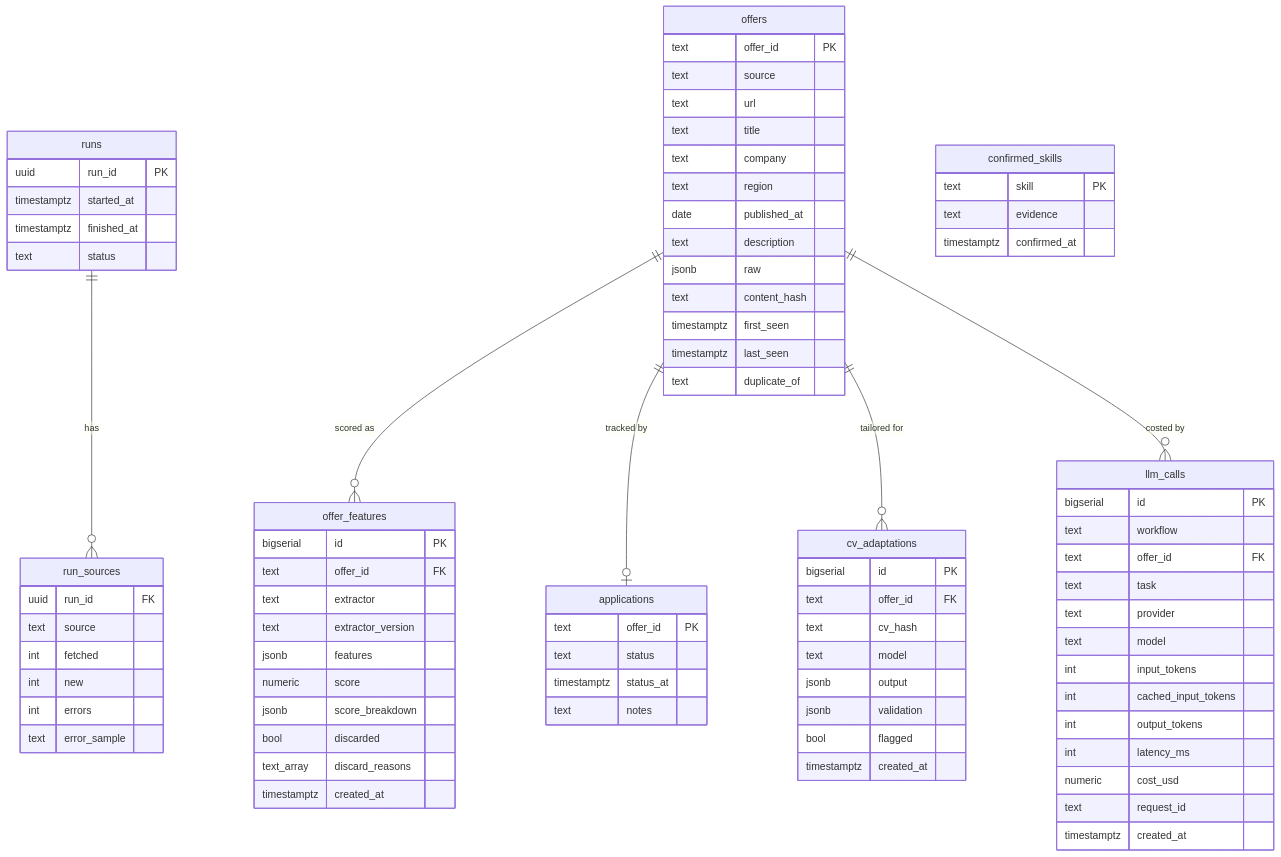
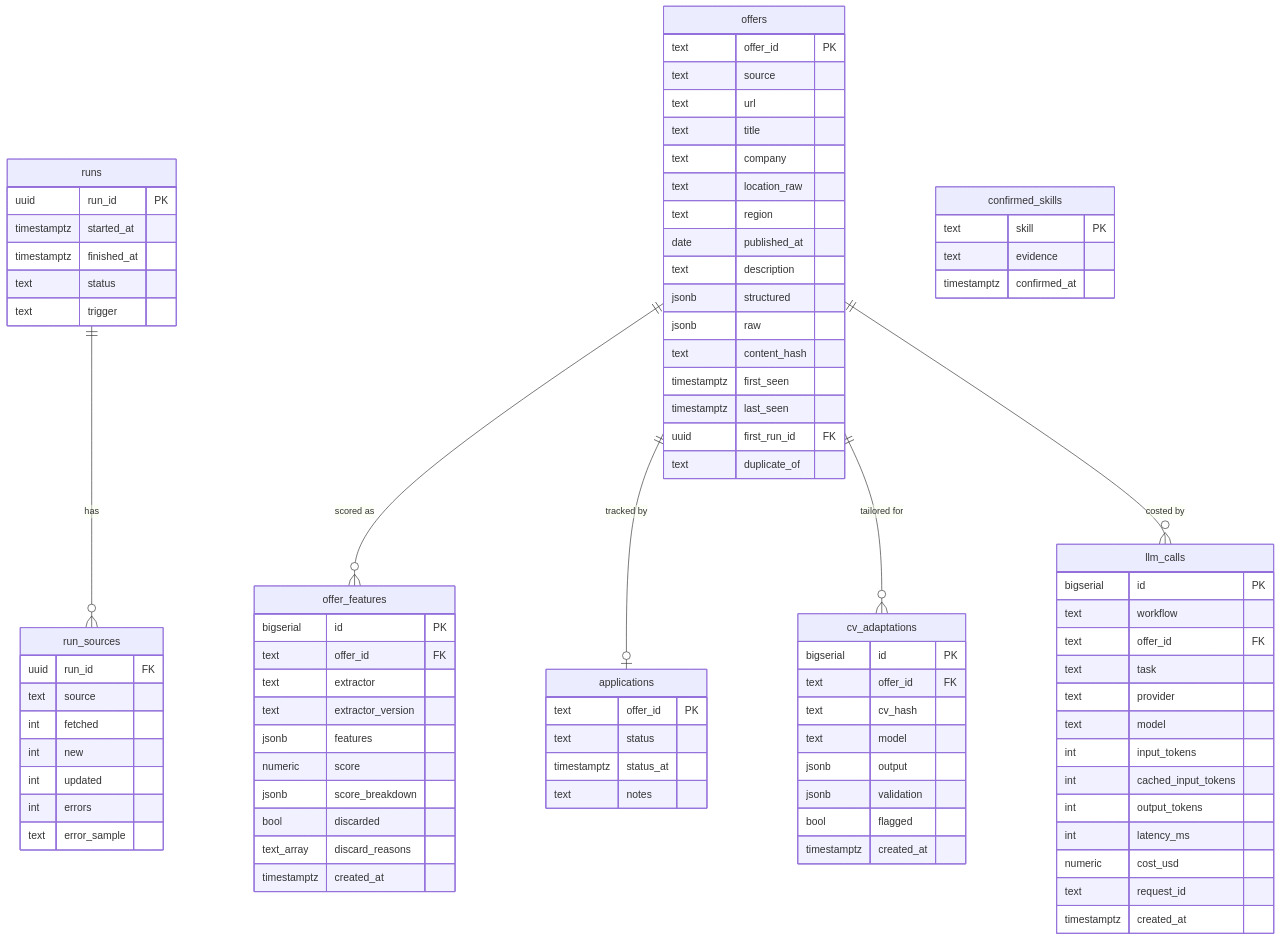
Before and after one commit to iramosv2000/n8n-job-matching-agent: the diagram in docs/data-model.md, drawn with Mermaid. The commit also changed other lines of this file and 4 other files, not shown here.

First line of the commit message:
feat(db): jobs schema v1 migration and text-retention function (M2-01)

```diff
--- a/docs/data-model.md
+++ b/docs/data-model.md
@@ -17,12 +17,14 @@
         timestamptz started_at
         timestamptz finished_at
         text status
+        text trigger
     }
     run_sources {
         uuid run_id FK
         text source
         int fetched
         int new
+        int updated
         int errors
         text error_sample
     }
@@ -32,13 +34,16 @@
         text url
         text title
         text company
+        text location_raw
         text region
         date published_at
         text description
+        jsonb structured
         jsonb raw
         text content_hash
         timestamptz first_seen
         timestamptz last_seen
+        uuid first_run_id FK
         text duplicate_of
     }
     offer_features {
```
